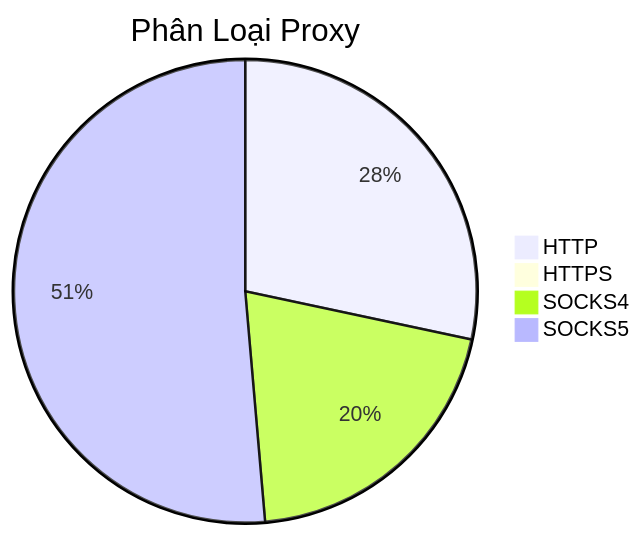
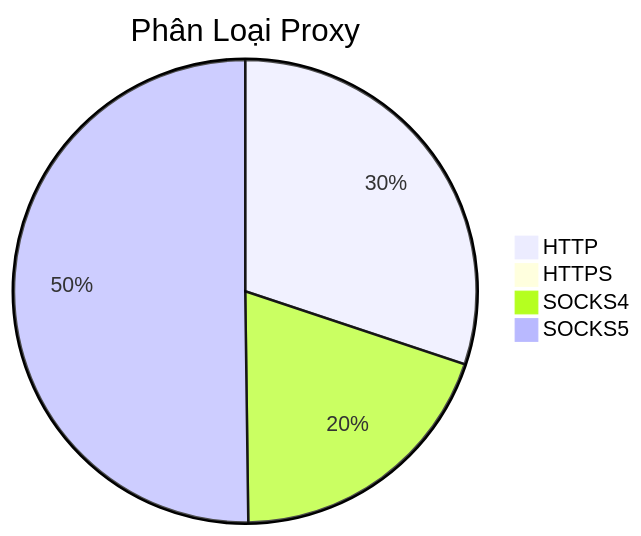
Before and after one commit to Ciara-Aa/PROXY-free: the diagram in README.md, drawn with Mermaid. The commit also changed other lines of this file and 4 other files, not shown here.

````diff
--- a/README.md
+++ b/README.md
@@ -26,7 +26,7 @@
 ```mermaid
 pie title Phân Loại Proxy
-    "HTTP" : 383
+    "HTTP" : 358
     "HTTPS" : 2
-    "SOCKS4" : 274
-    "SOCKS5" : 694
+    "SOCKS4" : 234
+    "SOCKS5" : 597
 ```
````
